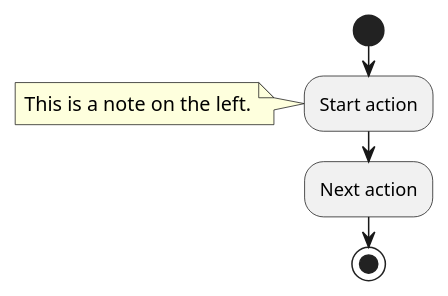
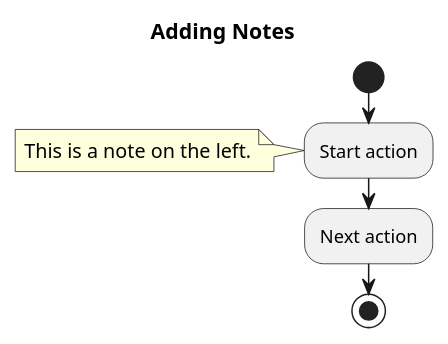
The second of 7 diagrams in Tools/plantuml.md (DenAV/DevOps-Notes), drawn with PlantUML before and after one commit. The commit also changed other lines of this file and 8 other files, not shown here.

Commit message:
add info about plantuml

````diff
--- a/Tools/plantuml.md
+++ b/Tools/plantuml.md
@@ -23,11 +31,12 @@
 ```plantuml
 @startuml
+title Adding Notes
 start
 :Start action;
 note left
   This is a note on the left.
 end note
 :Next action;
 stop
 @enduml
 ```
````
